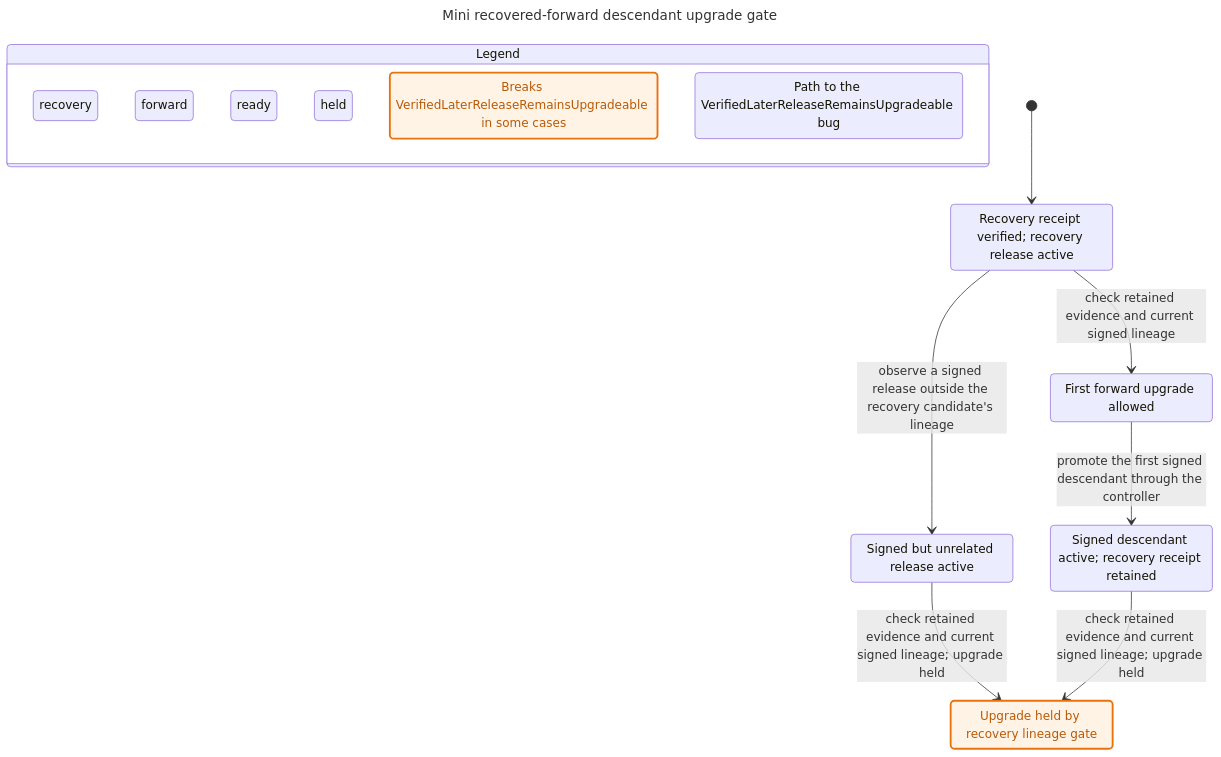
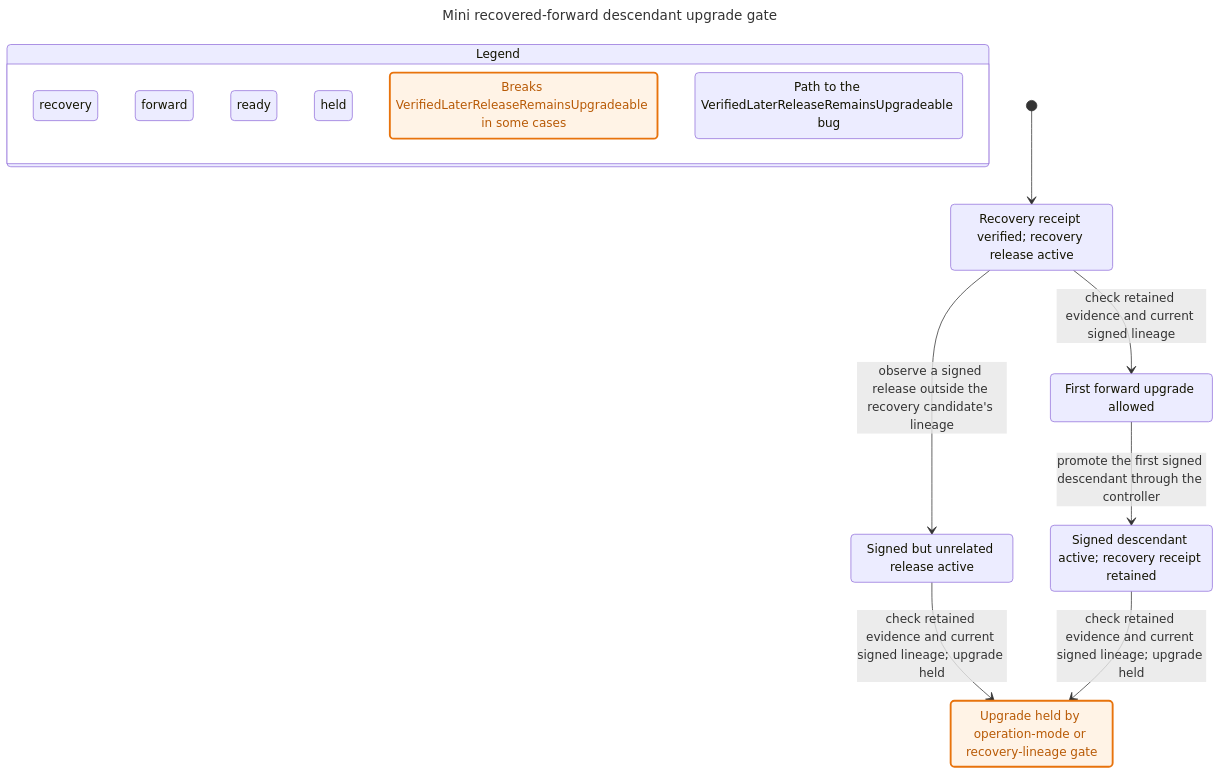
Before and after one commit to antiartificial/norn: the diagram in docs/v3/statecharts/mini-recovered-forward-descendant/legacy-bug-chart.mmd, drawn with Mermaid. The commit also changed 18 other files, not shown here.

```diff
--- a/docs/v3/statecharts/mini-recovered-forward-descendant/legacy-bug-chart.mmd
+++ b/docs/v3/statecharts/mini-recovered-forward-descendant/legacy-bug-chart.mmd
@@ -1,40 +1,40 @@
 ---
 title: "Mini recovered-forward descendant upgrade gate"
 ---
 stateDiagram-v2
   state "Legend" as legend {
     lg0: recovery
     lg1: forward
     lg2: ready
     lg3: held
     lg4: Breaks VerifiedLaterReleaseRemainsUpgradeable in some cases
     lg5: Path to the VerifiedLaterReleaseRemainsUpgradeable bug
   }
   class lg0 blue
   class lg1 teal
   class lg2 purple
   class lg3 orange
   class lg4 mayBreak
   class lg5 bugPath
   s0: Recovery receipt verified#59; recovery release active
   s1: Signed but unrelated release active
   s2: First forward upgrade allowed
   s3: Signed descendant active#59; recovery receipt retained
-  s4: Upgrade held by recovery lineage gate
+  s4: Upgrade held by operation-mode or recovery-lineage gate
   [*] --> s0
   s0 --> s1: observe a signed release outside the recovery candidate's lineage
   s0 --> s2: check retained evidence and current signed lineage
   s1 --> s4: check retained evidence and current signed lineage#59; upgrade held
   s2 --> s3: promote the first signed descendant through the controller
   s3 --> s4: check retained evidence and current signed lineage#59; upgrade held
   classDef mayBreak fill:#fff3e6,stroke:#e8730c,stroke-width:2.5px,color:#b85a06
   class s0 blue
   class s0 bugPath
   class s1 orange
   class s2 purple
   class s2 bugPath
   class s3 teal
   class s3 bugPath
   class s4 orange
   class s4 mayBreak
   class s4 bugPath
```
